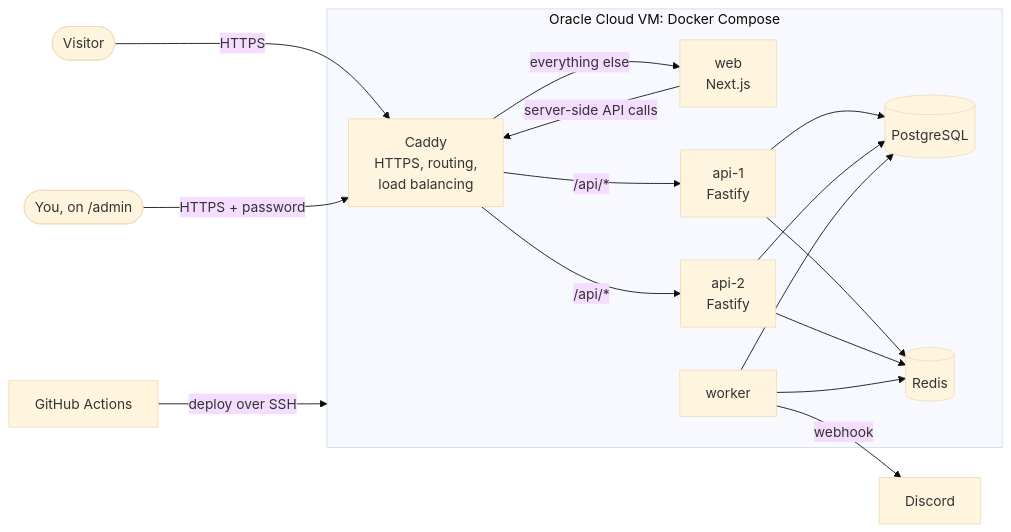
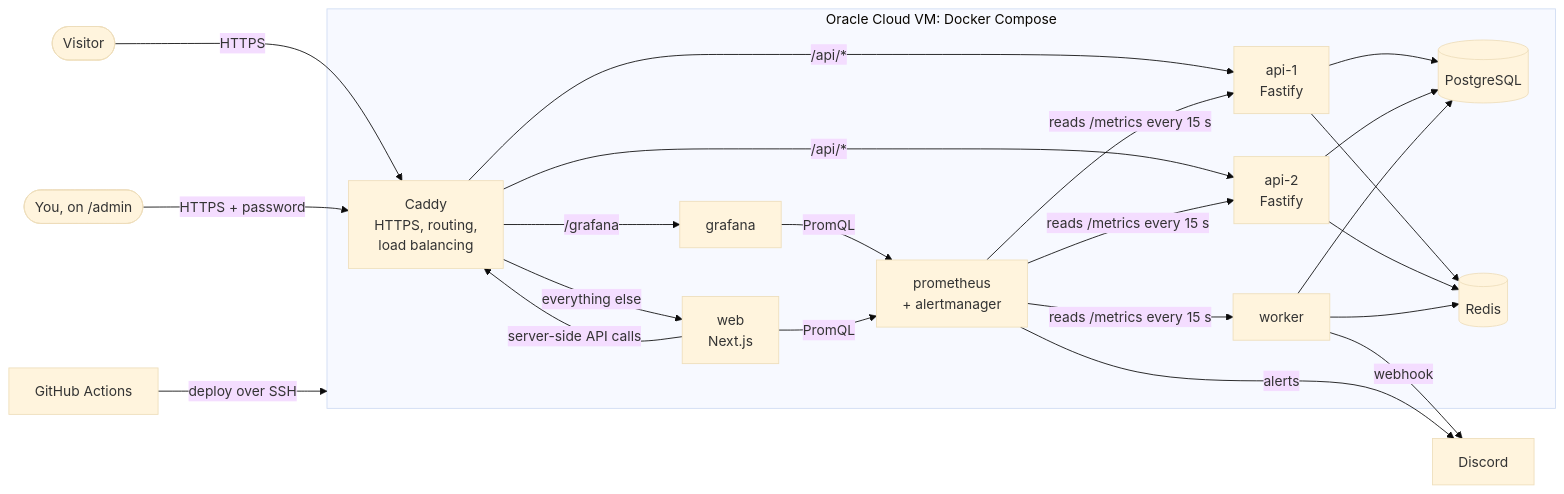
The first of 10 diagrams in docs/PROJECT-GUIDE.md (zhuuyicheng/yicheng-website), drawn with Mermaid (base theme) before and after one commit. The commit also changed other lines of this file and 57 other files, not shown here.

First line of the commit message:
Phase 7: monitoring with Prometheus, Alertmanager and Grafana (#18)

````diff
--- a/docs/PROJECT-GUIDE.md
+++ b/docs/PROJECT-GUIDE.md
@@ -48,21 +49,27 @@
 ```mermaid
 flowchart LR
   V([Visitor]) -->|HTTPS| C
   O(["You, on /admin"]) -->|HTTPS + password| C
   subgraph VM["Oracle Cloud VM: Docker Compose"]
     C["Caddy<br/>HTTPS, routing,<br/>load balancing"]
     W["web<br/>Next.js"]
     A1["api-1<br/>Fastify"]
     A2["api-2<br/>Fastify"]
     K["worker"]
     PG[("PostgreSQL")]
     R[("Redis")]
     C -->|"/api/*"| A1 & A2
     C -->|"everything else"| W
     W -->|"server-side API calls"| C
     A1 & A2 --> R & PG
     K --> R & PG
+    P["prometheus<br/>+ alertmanager"]
+    G["grafana"]
+    P -->|"reads /metrics every 15 s"| A1 & A2 & K
+    C -->|"/grafana"| G
+    G & W -->|"PromQL"| P
   end
   K -->|webhook| D[Discord]
+  P -->|alerts| D
   GH[GitHub Actions] -->|"deploy over SSH"| VM
 ```
````
